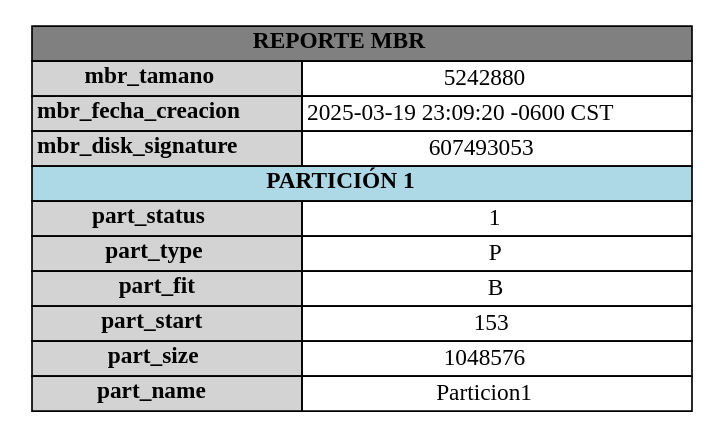
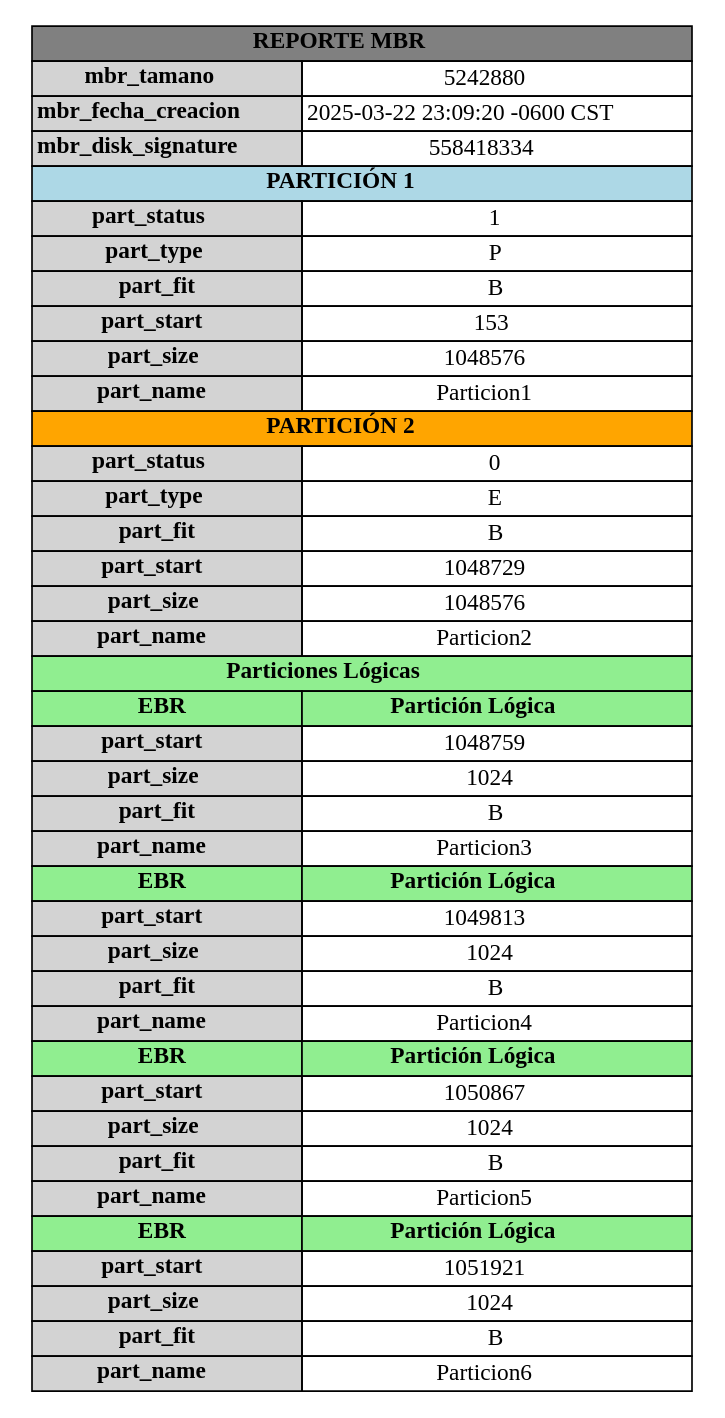
The diagram in backend/output/report_mbr.dot (Ennero/MIA_1S2025_P1_202302220), drawn with Graphviz before and after one commit. The commit also changed 12 other files, not shown here.

```diff
--- a/backend/output/report_mbr.dot
+++ b/backend/output/report_mbr.dot
@@ -1,17 +1,49 @@
 digraph G {
     node [shape=plaintext]
     tabla [label=<
         <table border="0" cellborder="1" cellspacing="0">
             <tr><td colspan="2" bgcolor="gray"><b> REPORTE MBR </b></td></tr>
             <tr><td bgcolor="lightgray"><b>mbr_tamano</b></td><td>5242880</td></tr>
-            <tr><td bgcolor="lightgray"><b>mbr_fecha_creacion</b></td><td>2025-03-19 23:09:20 -0600 CST</td></tr>
-            <tr><td bgcolor="lightgray"><b>mbr_disk_signature</b></td><td>607493053</td></tr>
+            <tr><td bgcolor="lightgray"><b>mbr_fecha_creacion</b></td><td>2025-03-22 23:09:20 -0600 CST</td></tr>
+            <tr><td bgcolor="lightgray"><b>mbr_disk_signature</b></td><td>558418334</td></tr>
         
         <tr><td colspan="2" bgcolor="lightblue"><b> PARTICIÓN 1 </b></td></tr>
         <tr><td bgcolor="lightgray"><b>part_status</b></td><td>1</td></tr>
         <tr><td bgcolor="lightgray"><b>part_type</b></td><td>P</td></tr>
         <tr><td bgcolor="lightgray"><b>part_fit</b></td><td>B</td></tr>
         <tr><td bgcolor="lightgray"><b>part_start</b></td><td>153</td></tr>
         <tr><td bgcolor="lightgray"><b>part_size</b></td><td>1048576</td></tr>
         <tr><td bgcolor="lightgray"><b>part_name</b></td><td>Particion1</td></tr>
-    </table>>] }
+    
+        <tr><td colspan="2" bgcolor="orange"><b> PARTICIÓN 2 </b></td></tr>
+        <tr><td bgcolor="lightgray"><b>part_status</b></td><td>0</td></tr>
+        <tr><td bgcolor="lightgray"><b>part_type</b></td><td>E</td></tr>
+        <tr><td bgcolor="lightgray"><b>part_fit</b></td><td>B</td></tr>
+        <tr><td bgcolor="lightgray"><b>part_start</b></td><td>1048729</td></tr>
+        <tr><td bgcolor="lightgray"><b>part_size</b></td><td>1048576</td></tr>
+        <tr><td bgcolor="lightgray"><b>part_name</b></td><td>Particion2</td></tr>
+    <tr><td colspan="2" bgcolor="lightgreen"><b> Particiones Lógicas </b></td></tr>
+					<tr><td bgcolor="lightgreen"><b>EBR</b></td><td bgcolor="lightgreen"><b>Partición Lógica</b></td></tr>
+                <tr><td bgcolor="lightgray"><b>part_start</b></td><td>1048759</td></tr>
+                <tr><td bgcolor="lightgray"><b>part_size</b></td><td>1024</td></tr>
+                <tr><td bgcolor="lightgray"><b>part_fit</b></td><td>B</td></tr>
+                <tr><td bgcolor="lightgray"><b>part_name</b></td><td>Particion3</td></tr>
+				
+					<tr><td bgcolor="lightgreen"><b>EBR</b></td><td bgcolor="lightgreen"><b>Partición Lógica</b></td></tr>
+                <tr><td bgcolor="lightgray"><b>part_start</b></td><td>1049813</td></tr>
+                <tr><td bgcolor="lightgray"><b>part_size</b></td><td>1024</td></tr>
+                <tr><td bgcolor="lightgray"><b>part_fit</b></td><td>B</td></tr>
+                <tr><td bgcolor="lightgray"><b>part_name</b></td><td>Particion4</td></tr>
+				
+					<tr><td bgcolor="lightgreen"><b>EBR</b></td><td bgcolor="lightgreen"><b>Partición Lógica</b></td></tr>
+                <tr><td bgcolor="lightgray"><b>part_start</b></td><td>1050867</td></tr>
+                <tr><td bgcolor="lightgray"><b>part_size</b></td><td>1024</td></tr>
+                <tr><td bgcolor="lightgray"><b>part_fit</b></td><td>B</td></tr>
+                <tr><td bgcolor="lightgray"><b>part_name</b></td><td>Particion5</td></tr>
+				
+					<tr><td bgcolor="lightgreen"><b>EBR</b></td><td bgcolor="lightgreen"><b>Partición Lógica</b></td></tr>
+                <tr><td bgcolor="lightgray"><b>part_start</b></td><td>1051921</td></tr>
+                <tr><td bgcolor="lightgray"><b>part_size</b></td><td>1024</td></tr>
+                <tr><td bgcolor="lightgray"><b>part_fit</b></td><td>B</td></tr>
+                <tr><td bgcolor="lightgray"><b>part_name</b></td><td>Particion6</td></tr>
+				</table>>] }
```
